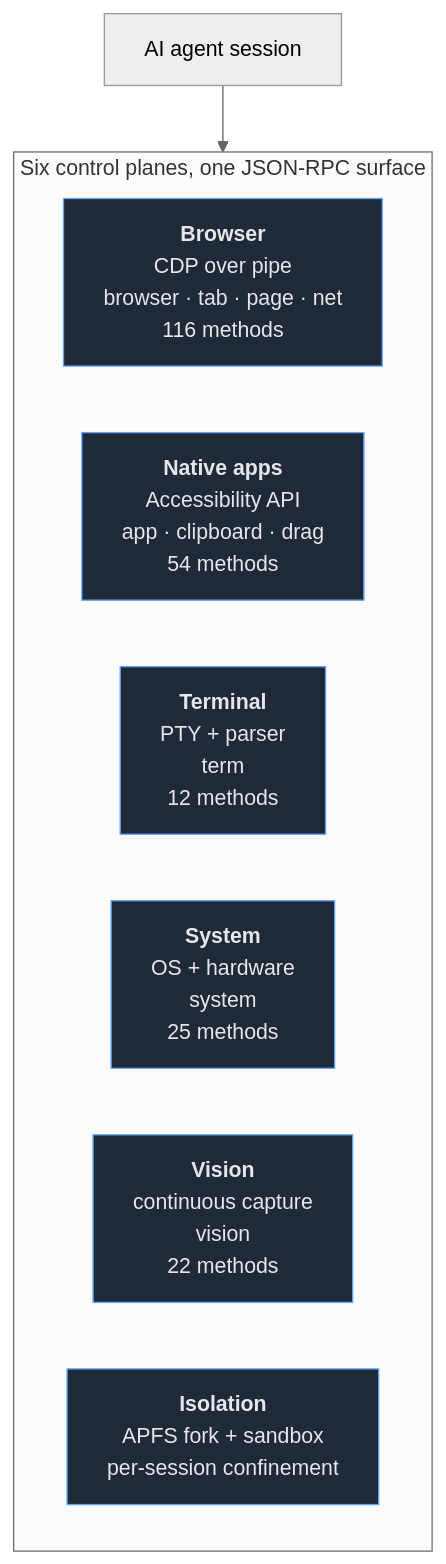
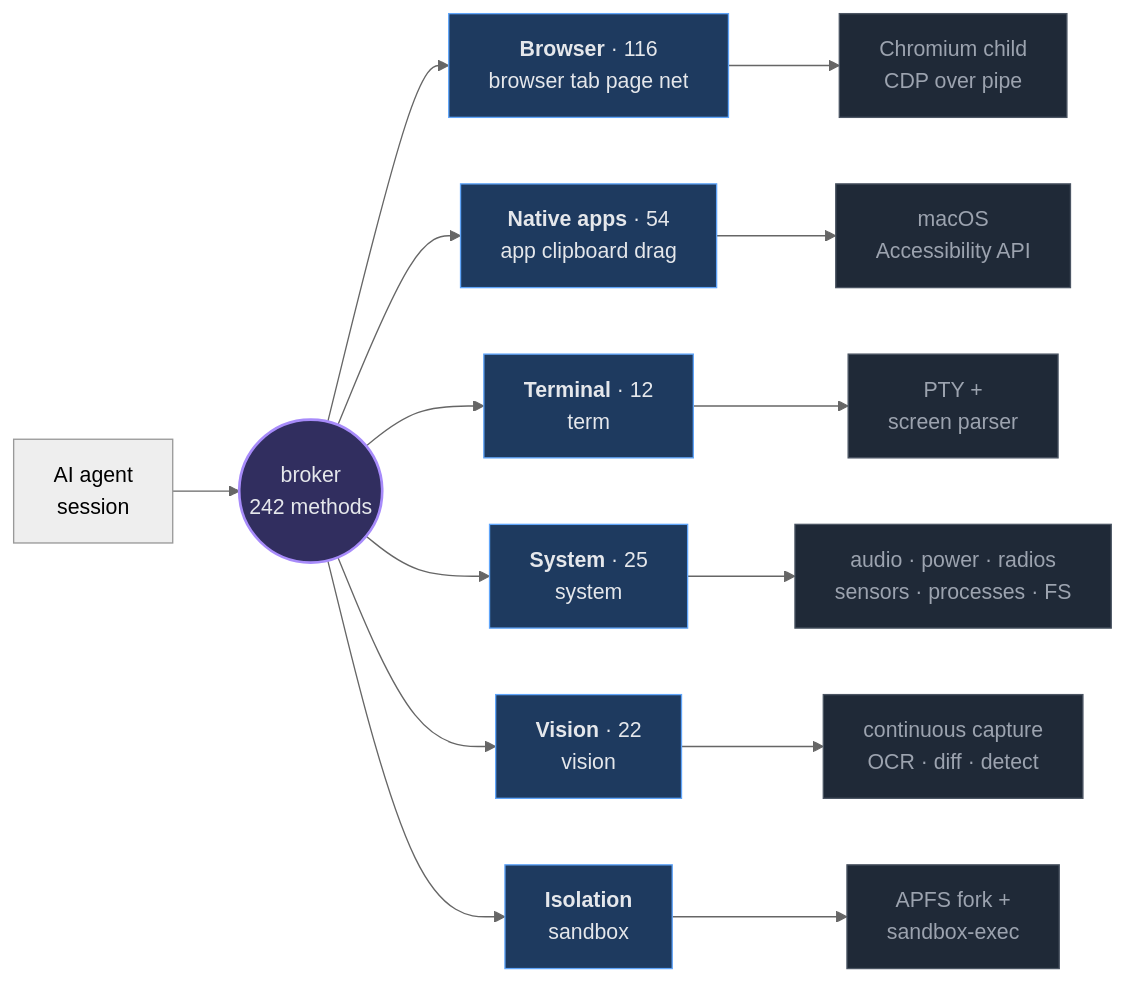
One commit to ElijahUmana/one-for-all changed the first of 3 diagrams in README.md. Above: the diagram before and after it, drawn with Mermaid (neutral theme). The commit also changed other lines of this file, not shown here.

First line of the commit message:
Rebuild README diagrams as connected graphs and add status badges

````diff
--- a/README.md
+++ b/README.md
@@ -21,19 +24,25 @@
 ```mermaid
-flowchart TB
-    AGENT["AI agent session"]
+flowchart LR
+    A["AI agent<br/>session"] --> K(("broker<br/>242 methods"))
 
-    subgraph PLANES["Six control planes, one JSON-RPC surface"]
-        direction LR
-        B["<b>Browser</b><br/>CDP over pipe<br/>browser · tab · page · net<br/>116 methods"]
-        N["<b>Native apps</b><br/>Accessibility API<br/>app · clipboard · drag<br/>54 methods"]
-        T["<b>Terminal</b><br/>PTY + parser<br/>term<br/>12 methods"]
-        S["<b>System</b><br/>OS + hardware<br/>system<br/>25 methods"]
-        V["<b>Vision</b><br/>continuous capture<br/>vision<br/>22 methods"]
-        X["<b>Isolation</b><br/>APFS fork + sandbox<br/>per-session confinement"]
-    end
+    K --> BR["<b>Browser</b> · 116<br/>browser tab page net"]
+    K --> NA["<b>Native apps</b> · 54<br/>app clipboard drag"]
+    K --> TE["<b>Terminal</b> · 12<br/>term"]
+    K --> SY["<b>System</b> · 25<br/>system"]
+    K --> VI["<b>Vision</b> · 22<br/>vision"]
+    K --> IS["<b>Isolation</b><br/>sandbox"]
 
-    AGENT --> PLANES
+    BR --> BRT["Chromium child<br/>CDP over pipe"]
+    NA --> NAT["macOS<br/>Accessibility API"]
+    TE --> TET["PTY +<br/>screen parser"]
+    SY --> SYT["audio · power · radios<br/>sensors · processes · FS"]
+    VI --> VIT["continuous capture<br/>OCR · diff · detect"]
+    IS --> IST["APFS fork +<br/>sandbox-exec"]
 
-    classDef plane fill:#1f2937,stroke:#60a5fa,stroke-width:1px,color:#e5e7eb
-    class B,N,T,S,V,X plane
+    classDef plane fill:#1e3a5f,stroke:#60a5fa,stroke-width:1px,color:#e5e7eb
+    classDef target fill:#1f2937,stroke:#4b5563,color:#9ca3af
+    classDef hub fill:#312e5f,stroke:#a78bfa,stroke-width:2px,color:#e5e7eb
+    class BR,NA,TE,SY,VI,IS plane
+    class BRT,NAT,TET,SYT,VIT,IST target
+    class K hub
 ```
````
